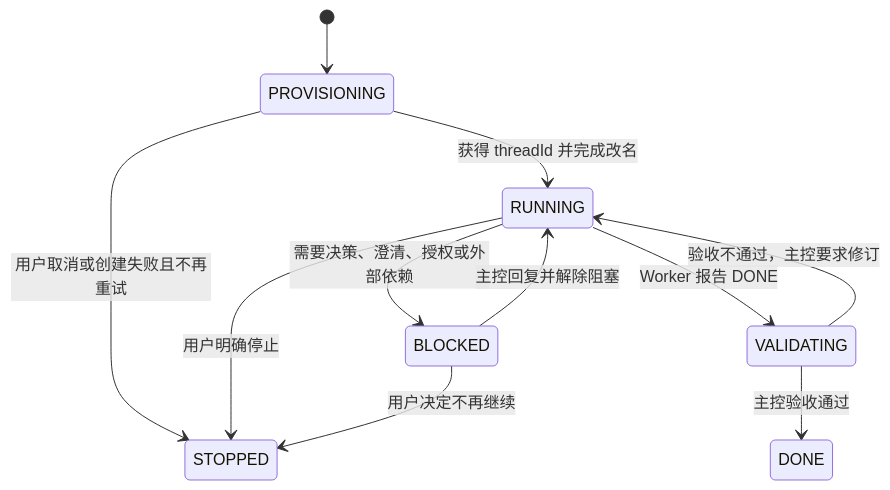
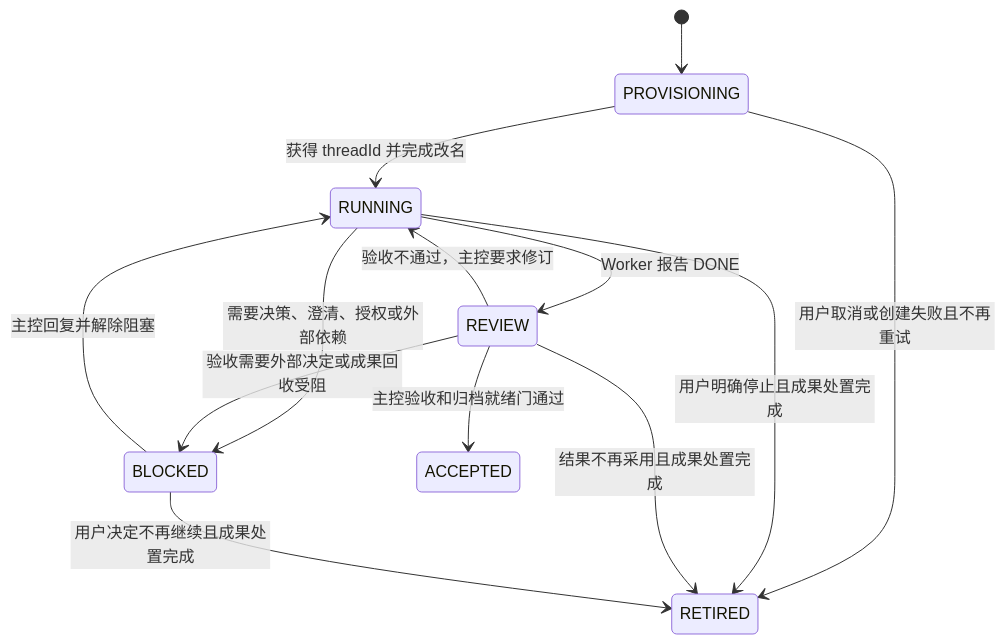
The second of 2 diagrams in DESIGN.md (BillSJC/orchestrate-codex-tasks), drawn with Mermaid before and after one commit. The commit also changed other lines of this file and 7 other files, not shown here.

````diff
--- a/DESIGN.md
+++ b/DESIGN.md
@@ -588,13 +592,15 @@
 ```mermaid
 stateDiagram-v2
     [*] --> PROVISIONING
     PROVISIONING --> RUNNING: 获得 threadId 并完成改名
     RUNNING --> BLOCKED: 需要决策、澄清、授权或外部依赖
     BLOCKED --> RUNNING: 主控回复并解除阻塞
-    RUNNING --> VALIDATING: Worker 报告 DONE
-    VALIDATING --> RUNNING: 验收不通过，主控要求修订
-    VALIDATING --> DONE: 主控验收通过
-    PROVISIONING --> STOPPED: 用户取消或创建失败且不再重试
-    RUNNING --> STOPPED: 用户明确停止
-    BLOCKED --> STOPPED: 用户决定不再继续
+    RUNNING --> REVIEW: Worker 报告 DONE
+    REVIEW --> RUNNING: 验收不通过，主控要求修订
+    REVIEW --> BLOCKED: 验收需要外部决定或成果回收受阻
+    REVIEW --> ACCEPTED: 主控验收和归档就绪门通过
+    PROVISIONING --> RETIRED: 用户取消或创建失败且不再重试
+    RUNNING --> RETIRED: 用户明确停止且成果处置完成
+    REVIEW --> RETIRED: 结果不再采用且成果处置完成
+    BLOCKED --> RETIRED: 用户决定不再继续且成果处置完成
 ```
````
